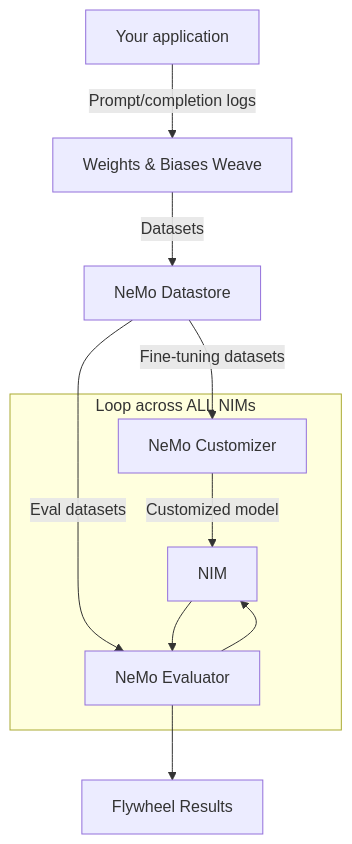
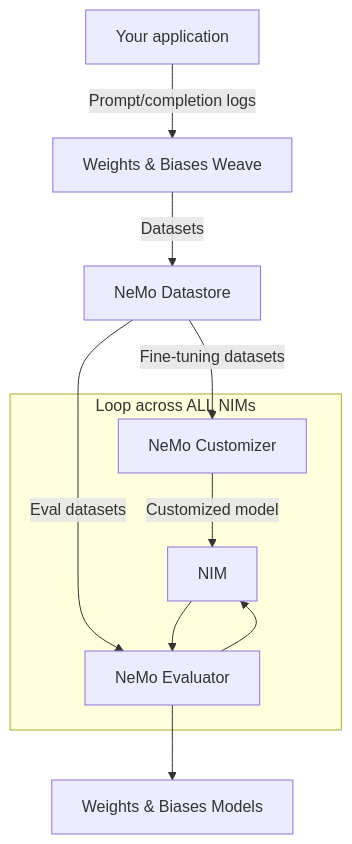
One commit to wandb/data-flywheel-nvidia changed the second of 2 diagrams in README.md. Above: the diagram before and after it, drawn with Mermaid. The commit also changed other lines of this file and 5 other files, not shown here.

````diff
--- a/README.md
+++ b/README.md
@@ -67,16 +94,16 @@
 ```mermaid
 flowchart TD
 
 app["Your application"] --Prompt/completion logs--> log_store["Weights & Biases Weave"]
 log_store --Datasets--> datasets["NeMo Datastore"]
 datasets --"Fine-tuning datasets"--> customizer["NeMo Customizer"]
 datasets --"Eval datasets"--> evaluator["NeMo Evaluator"]
 
 subgraph NIMs["Loop across ALL NIMs"]
   customizer --"Customized model"--> NIM
   evaluator --> NIM
   NIM --> evaluator
 end
 
-evaluator --> results["Flywheel Results"]
+evaluator --> results["Weights & Biases Models"]
 ```
````
